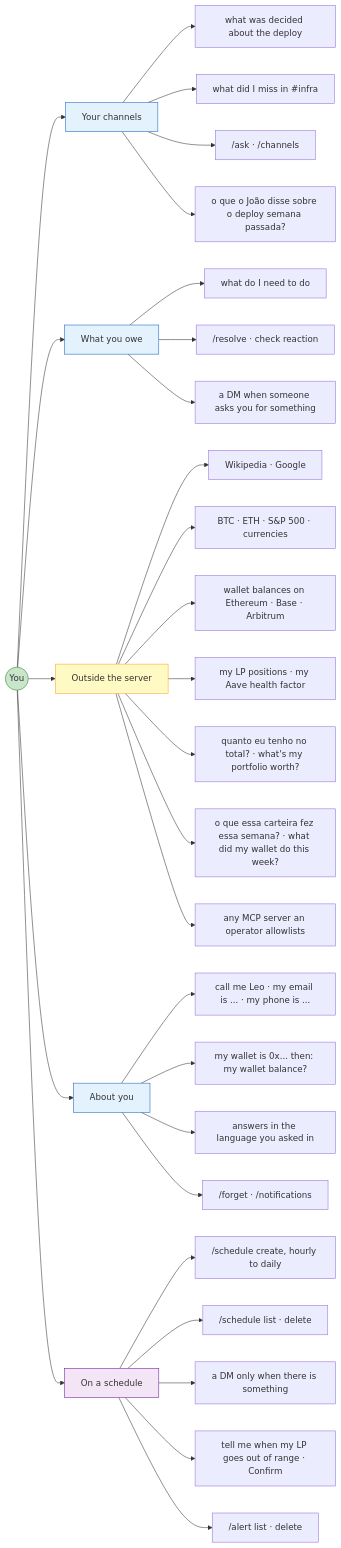
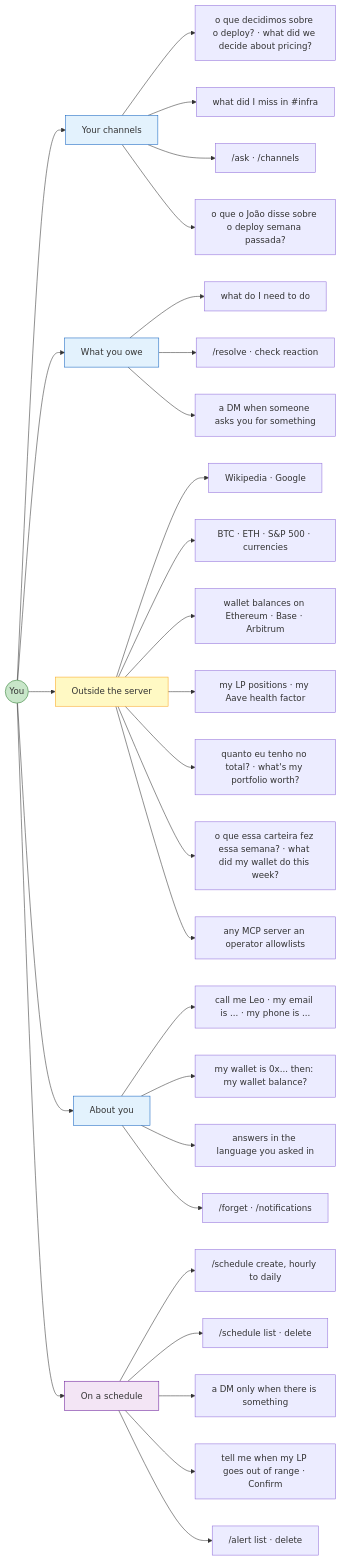
The second of 4 diagrams in README.md (CyberdyneCorp/CyberFriend), drawn with Mermaid before and after one commit. The commit also changed other lines of this file and 26 other files, not shown here.

````diff
--- a/README.md
+++ b/README.md
@@ -104,44 +107,44 @@
 ```mermaid
 graph LR
     P(("You"))
 
     P --> CORPUS["Your channels"]
-    CORPUS --> C1["what was decided about the deploy"]
+    CORPUS --> C1["o que decidimos sobre o deploy? &middot; what did we decide about pricing?"]
     CORPUS --> C2["what did I miss in #infra"]
     CORPUS --> C3["/ask &middot; /channels"]
     CORPUS --> C4["o que o João disse sobre o deploy semana passada?"]
 
     P --> OWED["What you owe"]
     OWED --> O1["what do I need to do"]
     OWED --> O2["/resolve &middot; check reaction"]
     OWED --> O3["a DM when someone asks you for something"]
 
     P --> OUT["Outside the server"]
     OUT --> X1["Wikipedia &middot; Google"]
     OUT --> X2["BTC &middot; ETH &middot; S&P 500 &middot; currencies"]
     OUT --> X3["wallet balances on Ethereum &middot; Base &middot; Arbitrum"]
     OUT --> X5["my LP positions &middot; my Aave health factor"]
     OUT --> X6["quanto eu tenho no total? &middot; what's my portfolio worth?"]
     OUT --> X7["o que essa carteira fez essa semana? &middot; what did my wallet do this week?"]
     OUT --> X4["any MCP server an operator allowlists"]
 
     P --> YOU["About you"]
     YOU --> Y1["call me Leo &middot; my email is ... &middot; my phone is ..."]
     YOU --> Y2["my wallet is 0x... then: my wallet balance?"]
     YOU --> Y3["answers in the language you asked in"]
     YOU --> Y4["/forget &middot; /notifications"]
 
     P --> WHEN["On a schedule"]
     WHEN --> W1["/schedule create, hourly to daily"]
     WHEN --> W2["/schedule list &middot; delete"]
     WHEN --> W3["a DM only when there is something"]
     WHEN --> W4["tell me when my LP goes out of range &middot; Confirm"]
     WHEN --> W5["/alert list &middot; delete"]
 
     style P fill:#C8E6C9,stroke:#2E7D32
     style CORPUS fill:#E3F2FD,stroke:#1565C0
     style OWED fill:#E3F2FD,stroke:#1565C0
     style OUT fill:#FFF9C4,stroke:#F9A825
     style YOU fill:#E3F2FD,stroke:#1565C0
     style WHEN fill:#F3E5F5,stroke:#6A1B9A
 ```
````
